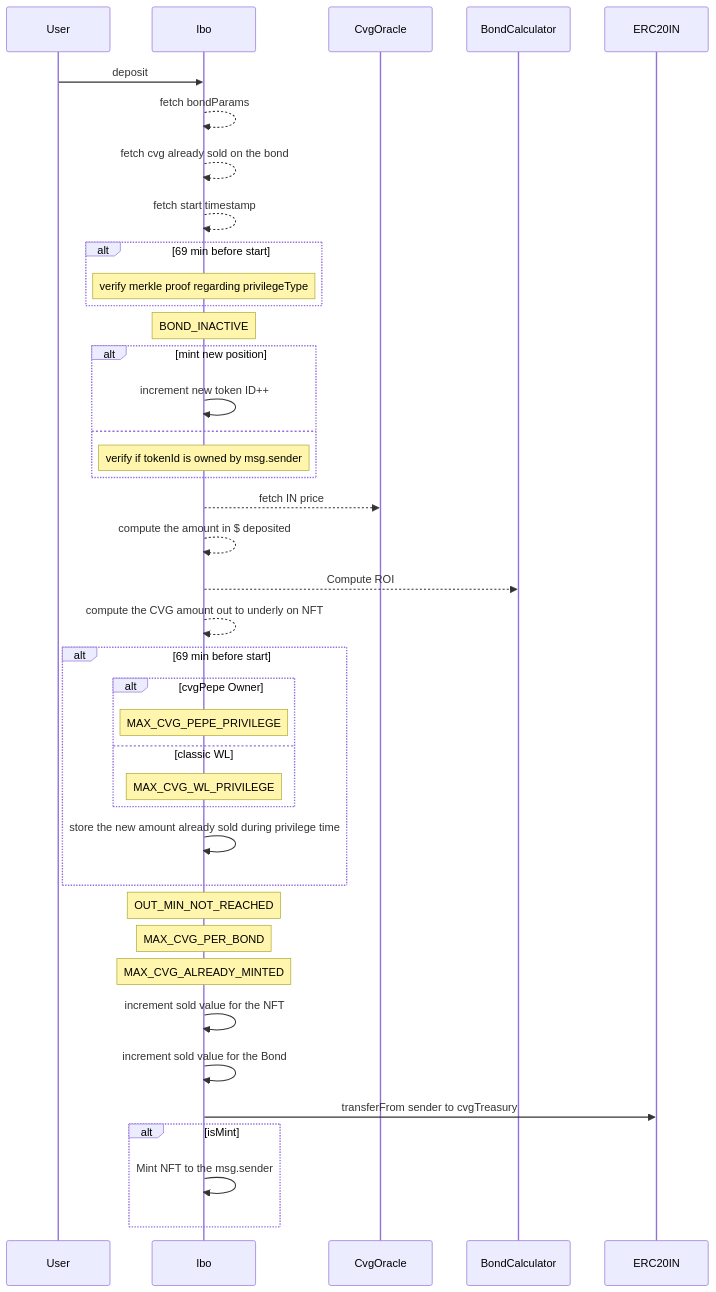
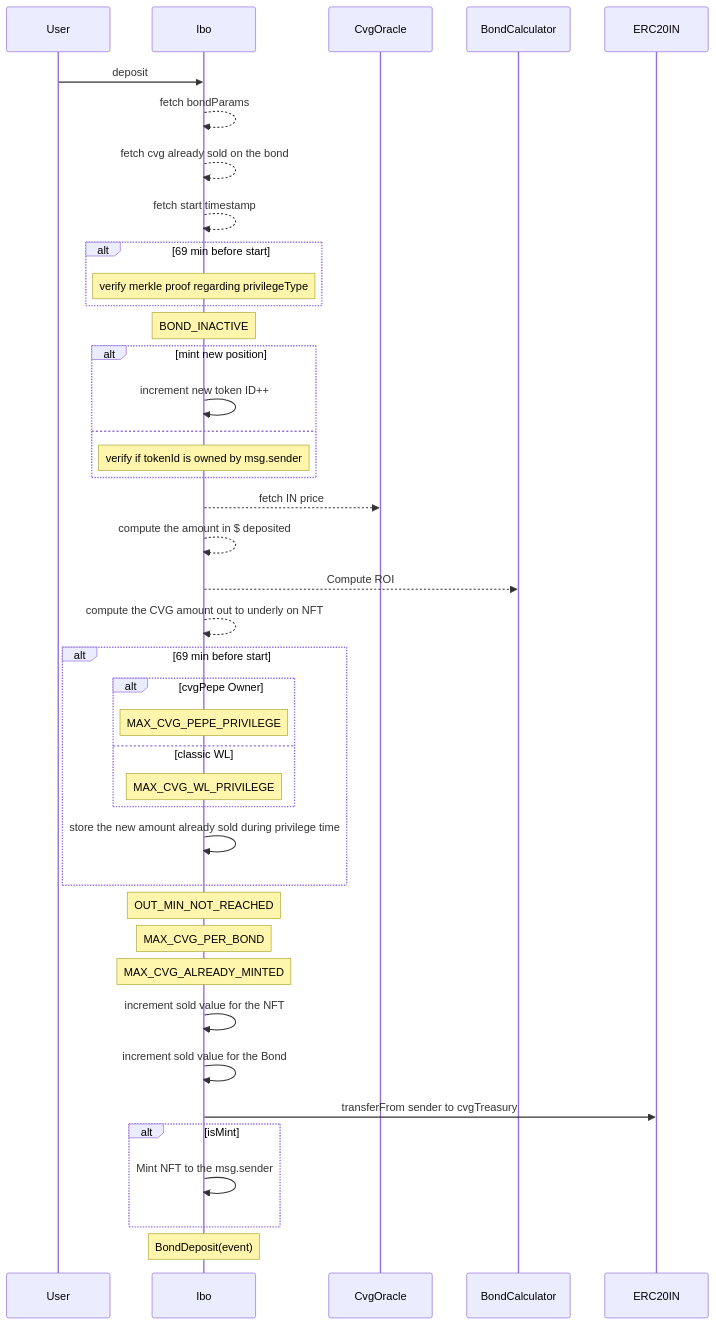
The diagram in technical-docs/Ibo.md (hats-finance/Convergence-Finance---IBO-0x0e410e7af8e70fc5bffcdbfbdf1673ee7b3d0777), drawn with Mermaid before and after one commit. The commit also changed other lines of this file and 9 other files, not shown here.

````diff
--- a/technical-docs/Ibo.md
+++ b/technical-docs/Ibo.md
@@ -26,43 +26,43 @@
 ```mermaid
 sequenceDiagram
     User->>Ibo: deposit
     Ibo-->>Ibo: fetch bondParams
     Ibo-->>Ibo: fetch cvg already sold on the bond
     Ibo-->>Ibo: fetch start timestamp
     alt 69 min before start
         note over Ibo: verify merkle proof regarding privilegeType
     end
     note over Ibo : BOND_INACTIVE
 
     alt mint new position
         Ibo->>Ibo: increment new token ID++
     else
         note over Ibo: verify if tokenId is owned by msg.sender
     end
     Ibo-->>CvgOracle: fetch IN price
     Ibo-->>Ibo: compute the amount in $ deposited
     Ibo-->>BondCalculator: Compute ROI
     Ibo-->>Ibo: compute the CVG amount out to underly on NFT
     alt 69 min before start
         alt cvgPepe Owner
             note over Ibo: MAX_CVG_PEPE_PRIVILEGE
         else classic WL
             note over Ibo: MAX_CVG_WL_PRIVILEGE
         end
         Ibo->>Ibo: store the new amount already sold during privilege time
     end
     note over Ibo: OUT_MIN_NOT_REACHED
     note over Ibo: MAX_CVG_PER_BOND
     note over Ibo: MAX_CVG_ALREADY_MINTED
     Ibo->>Ibo: increment sold value for the NFT
     Ibo->>Ibo: increment sold value for the Bond
     Ibo->>ERC20IN: transferFrom sender to cvgTreasury
     alt isMint
         Ibo->>Ibo: Mint NFT to the msg.sender
     end
-
+    note over Ibo: BondDeposit(event)
 
 
 
 
 ```
````
